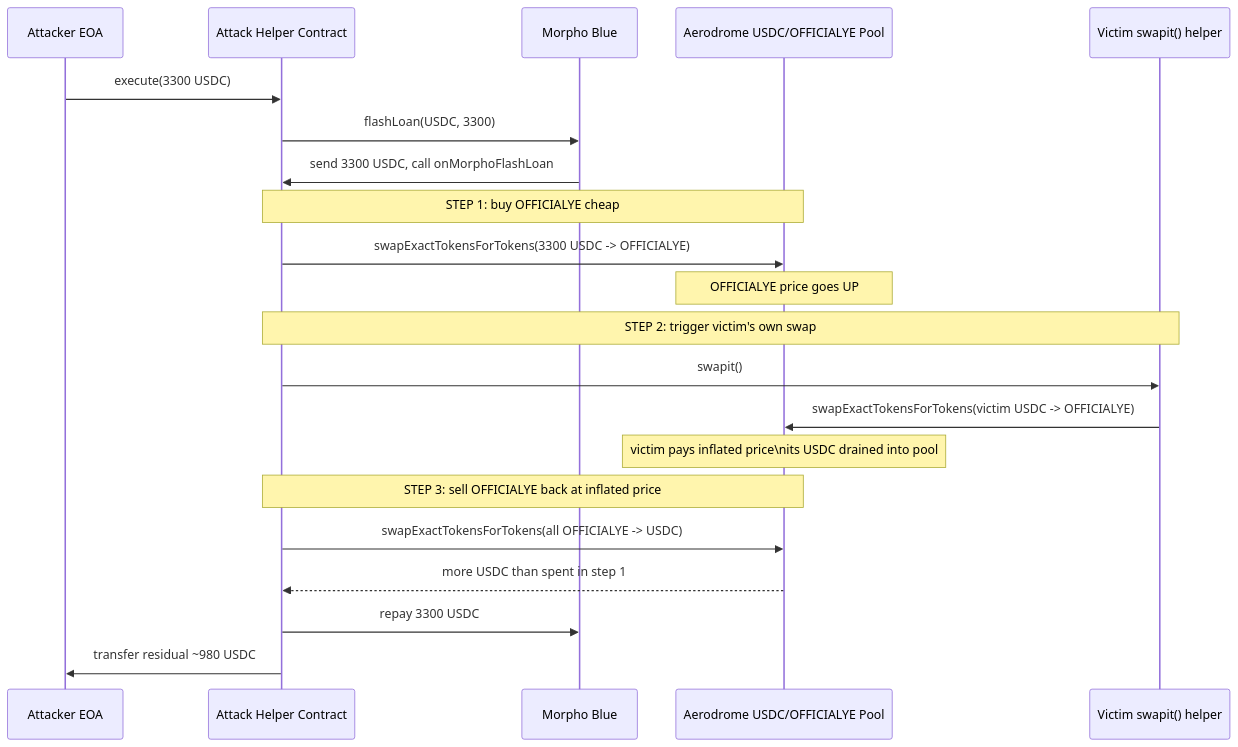
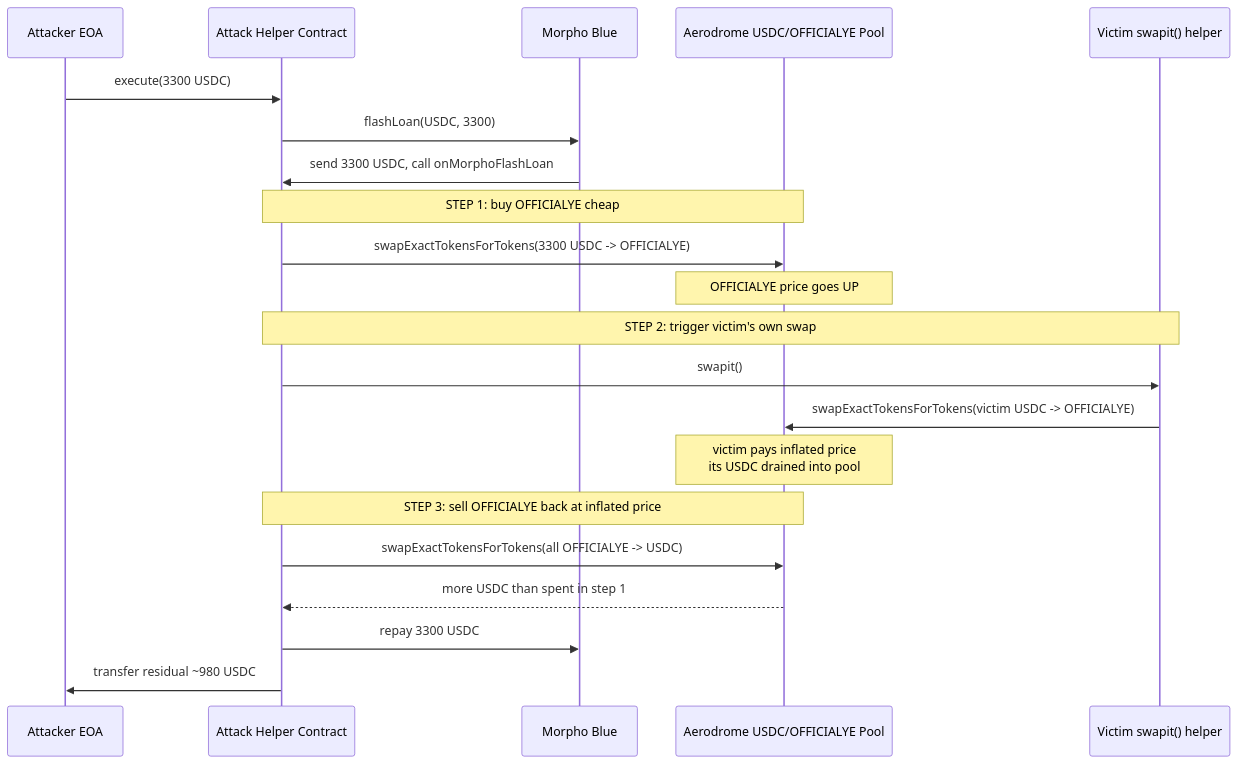
Before and after one commit to sanbir/evm-hack-registry: the first of 2 diagrams in 2025-03-unverified_de7c_exp/unverified_de7c_exp.md, drawn with Mermaid. The commit also changed other lines of this file and 280 other files, not shown here.

Commit message:
mermaid fixes

````diff
--- a/2025-03-unverified_de7c_exp/unverified_de7c_exp.md
+++ b/2025-03-unverified_de7c_exp/unverified_de7c_exp.md
@@ -134,24 +134,24 @@
 ```mermaid
 sequenceDiagram
     participant A as Attacker EOA
     participant H as Attack Helper Contract
     participant M as Morpho Blue
     participant P as Aerodrome USDC/OFFICIALYE Pool
     participant V as Victim swapit() helper
 
     A->>H: execute(3300 USDC)
     H->>M: flashLoan(USDC, 3300)
     M->>H: send 3300 USDC, call onMorphoFlashLoan
     Note over H,P: STEP 1: buy OFFICIALYE cheap
     H->>P: swapExactTokensForTokens(3300 USDC -> OFFICIALYE)
     Note over P: OFFICIALYE price goes UP
     Note over H,V: STEP 2: trigger victim's own swap
     H->>V: swapit()
     V->>P: swapExactTokensForTokens(victim USDC -> OFFICIALYE)
-    Note over P: victim pays inflated price\nits USDC drained into pool
+    Note over P: victim pays inflated price<br/>its USDC drained into pool
     Note over H,P: STEP 3: sell OFFICIALYE back at inflated price
     H->>P: swapExactTokensForTokens(all OFFICIALYE -> USDC)
     P-->>H: more USDC than spent in step 1
     H->>M: repay 3300 USDC
     H->>A: transfer residual ~980 USDC
 ```
````
